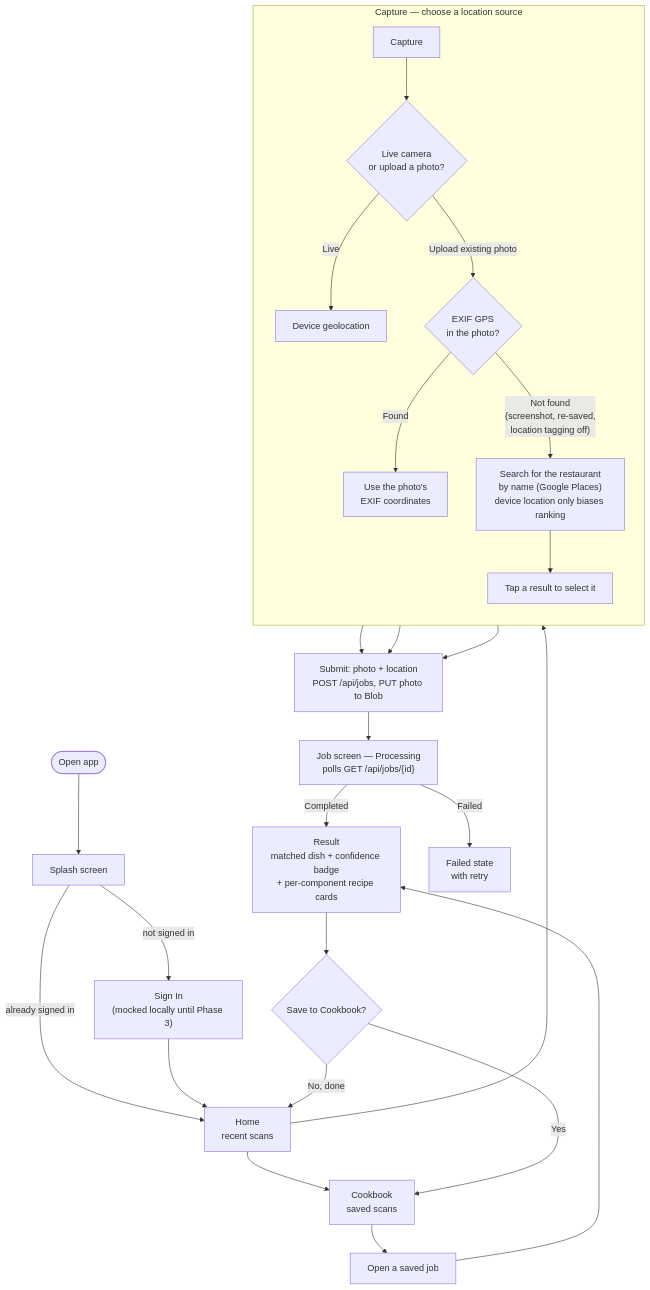
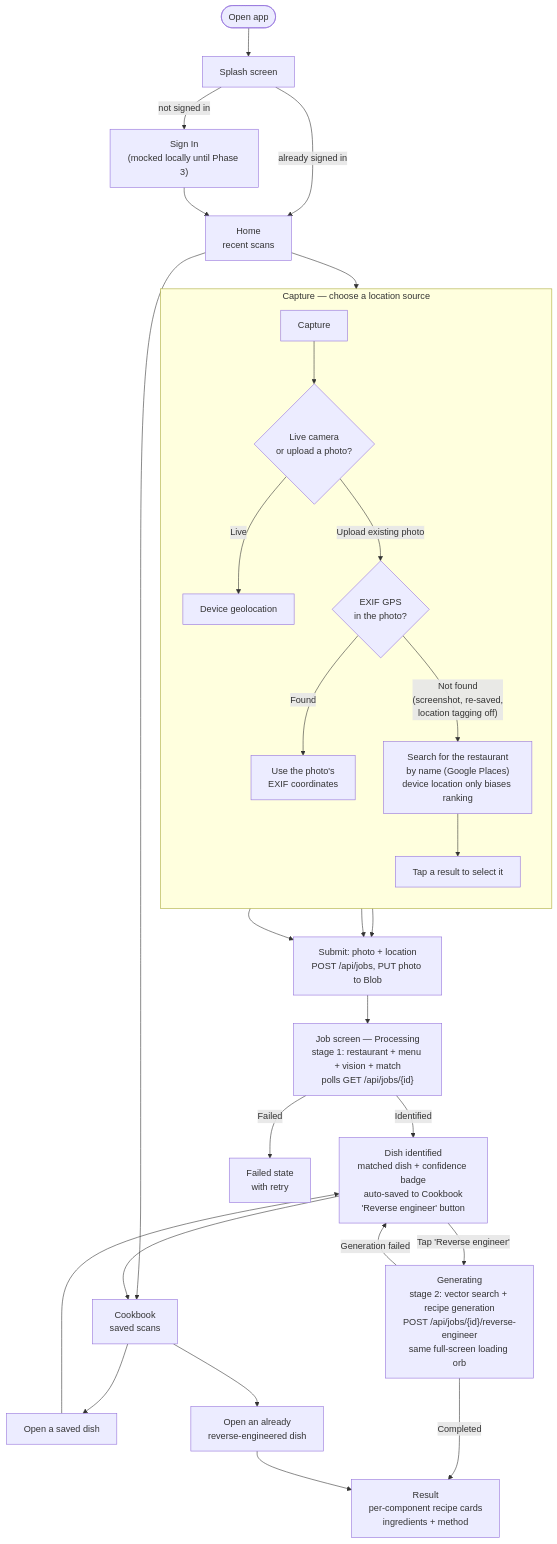
Before and after one commit to joelwood420/Replate: the diagram in docs/user-flow.md, drawn with Mermaid. The commit also changed other lines of this file and 33 other files, not shown here.

````diff
--- a/docs/user-flow.md
+++ b/docs/user-flow.md
@@ -8,36 +11,40 @@
 ```mermaid
 flowchart TD
     Start(["Open app"]) --> Splash["Splash screen"]
     Splash -->|not signed in| SignIn["Sign In<br/>(mocked locally until Phase 3)"]
     Splash -->|already signed in| Home
     SignIn --> Home["Home<br/>recent scans"]
 
     Home --> Capture["Capture"]
     Home --> Cookbook["Cookbook<br/>saved scans"]
 
     subgraph CaptureFlow["Capture — choose a location source"]
         direction TB
         Capture --> Choice{"Live camera<br/>or upload a photo?"}
         Choice -->|"Live"| LiveGPS["Device geolocation"]
         Choice -->|"Upload existing photo"| ExifCheck{"EXIF GPS<br/>in the photo?"}
         ExifCheck -->|"Found"| ExifGPS["Use the photo's<br/>EXIF coordinates"]
         ExifCheck -->|"Not found<br/>(screenshot, re-saved,<br/>location tagging off)"| Search["Search for the restaurant<br/>by name (Google Places)<br/>device location only biases ranking"]
         Search --> SelectRestaurant["Tap a result to select it"]
     end
 
     LiveGPS --> Submit["Submit: photo + location<br/>POST /api/jobs, PUT photo to Blob"]
     ExifGPS --> Submit
     SelectRestaurant --> Submit
 
-    Submit --> Job["Job screen — Processing<br/>polls GET /api/jobs/{id}"]
+    Submit --> Job["Job screen — Processing<br/>stage 1: restaurant + menu + vision + match<br/>polls GET /api/jobs/{id}"]
 
-    Job -->|Completed| Result["Result<br/>matched dish + confidence badge<br/>+ per-component recipe cards"]
+    Job -->|Identified| Identified["Dish identified<br/>matched dish + confidence badge<br/>auto-saved to Cookbook<br/>'Reverse engineer' button"]
     Job -->|Failed| Failed["Failed state<br/>with retry"]
 
-    Result --> SaveChoice{"Save to Cookbook?"}
-    SaveChoice -->|Yes| Cookbook
-    SaveChoice -->|No, done| Home
+    Identified --> Cookbook
+    Cookbook --> ViewSaved["Open a saved dish"]
+    ViewSaved --> Identified
 
-    Cookbook --> ViewSaved["Open a saved job"]
-    ViewSaved --> Result
+    Identified -->|"Tap 'Reverse engineer'"| Generating["Generating<br/>stage 2: vector search + recipe generation<br/>POST /api/jobs/{id}/reverse-engineer<br/>same full-screen loading orb"]
+    Generating -->|Completed| Result["Result<br/>per-component recipe cards<br/>ingredients + method"]
+    Generating -->|"Generation failed"| Identified
+
+    Cookbook --> ViewRecipe["Open an already<br/>reverse-engineered dish"]
+    ViewRecipe --> Result
 ```
````
